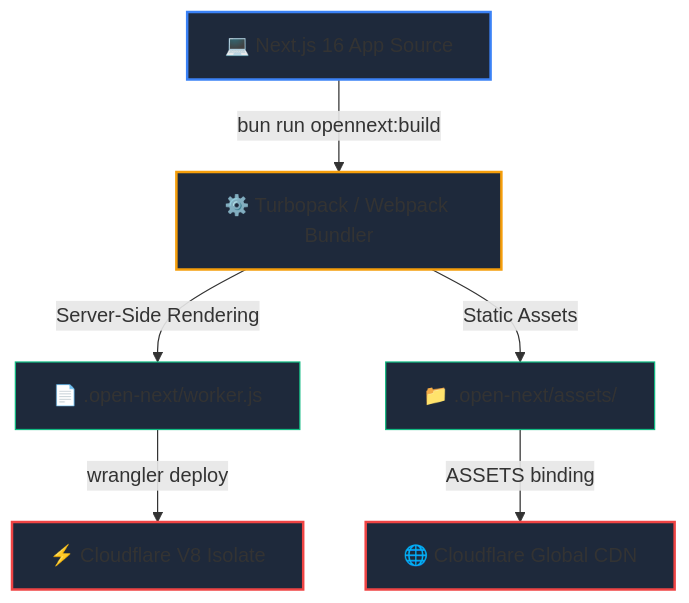
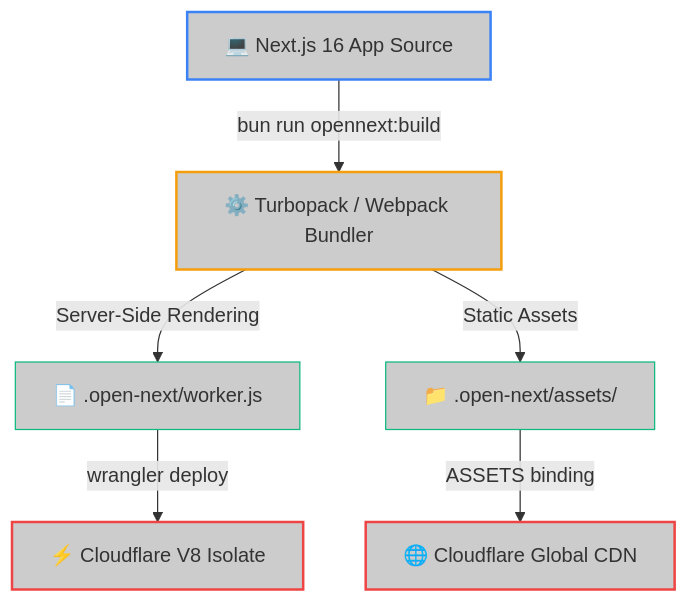
Before and after one commit to jango-blockchained/hoox-setup: the diagram in docs/devops/workers/dashboard.md, drawn with Mermaid. The commit also changed 38 other files, not shown here.

````diff
--- a/docs/devops/workers/dashboard.md
+++ b/docs/devops/workers/dashboard.md
@@ -16,17 +16,17 @@
 ```mermaid
 graph TD
     Src["💻 Next.js 16 App Source"] -->|bun run opennext:build| Bundler["⚙️ Turbopack / Webpack Bundler"]
 
     Bundler -->|Server-Side Rendering| WorkerJS["📄 .open-next/worker.js"]
     Bundler -->|Static Assets| Assets["📁 .open-next/assets/"]
 
     WorkerJS -->|wrangler deploy| V8["⚡ Cloudflare V8 Isolate"]
     Assets -->|ASSETS binding| CDN["🌐 Cloudflare Global CDN"]
 
-    style Src fill:#1e293b,stroke:#3b82f6,stroke-width:2
-    style Bundler fill:#1e293b,stroke:#f59e0b,stroke-width:2
-    style WorkerJS fill:#1e293b,stroke:#10b981,stroke-width:1
-    style Assets fill:#1e293b,stroke:#10b981,stroke-width:1
-    style V8 fill:#1e293b,stroke:#ef4444,stroke-width:2
-    style CDN fill:#1e293b,stroke:#ef4444,stroke-width:2
+    style Src fill:#CCCCCC,stroke:#3b82f6,stroke-width:2
+    style Bundler fill:#CCCCCC,stroke:#f59e0b,stroke-width:2
+    style WorkerJS fill:#CCCCCC,stroke:#10b981,stroke-width:1
+    style Assets fill:#CCCCCC,stroke:#10b981,stroke-width:1
+    style V8 fill:#CCCCCC,stroke:#ef4444,stroke-width:2
+    style CDN fill:#CCCCCC,stroke:#ef4444,stroke-width:2
 ```
````
